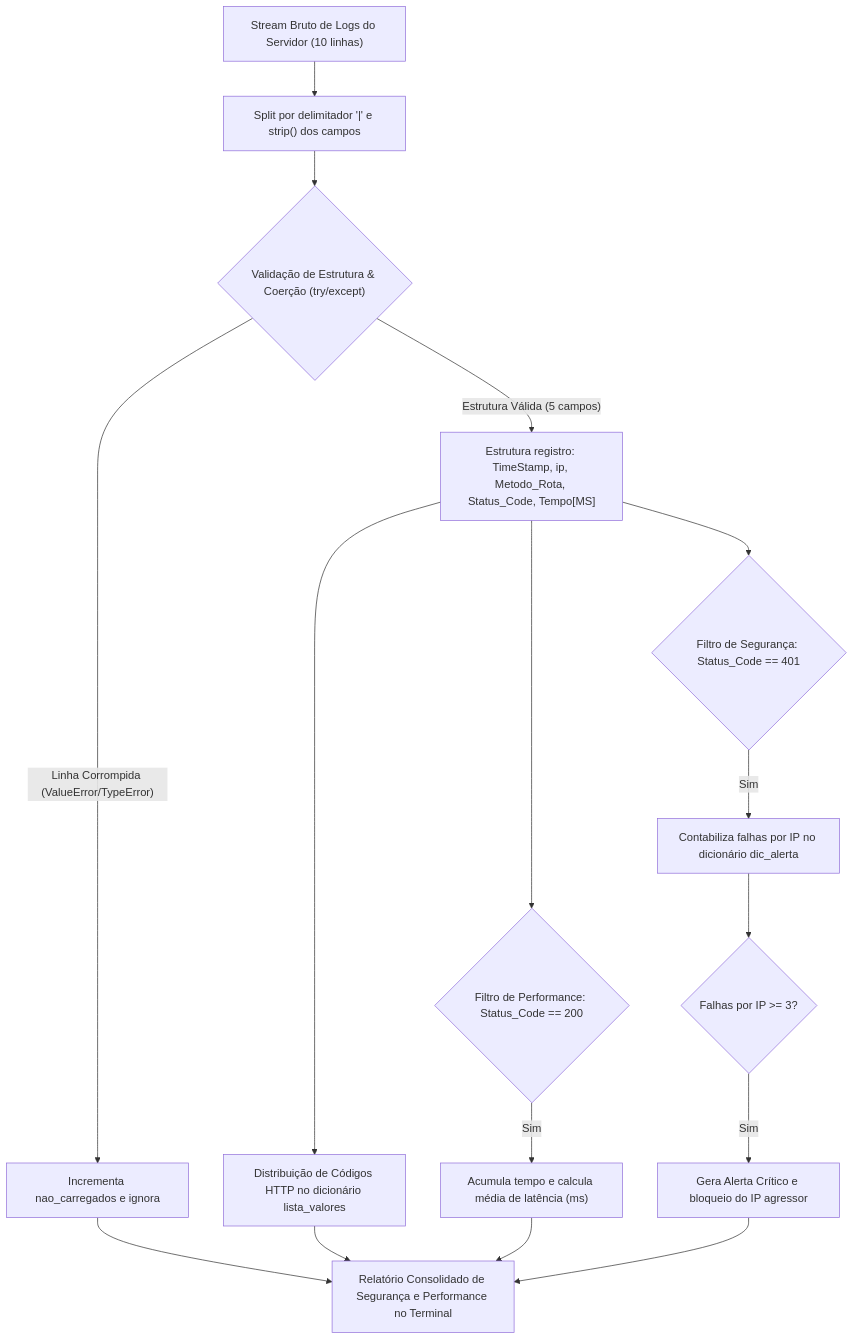
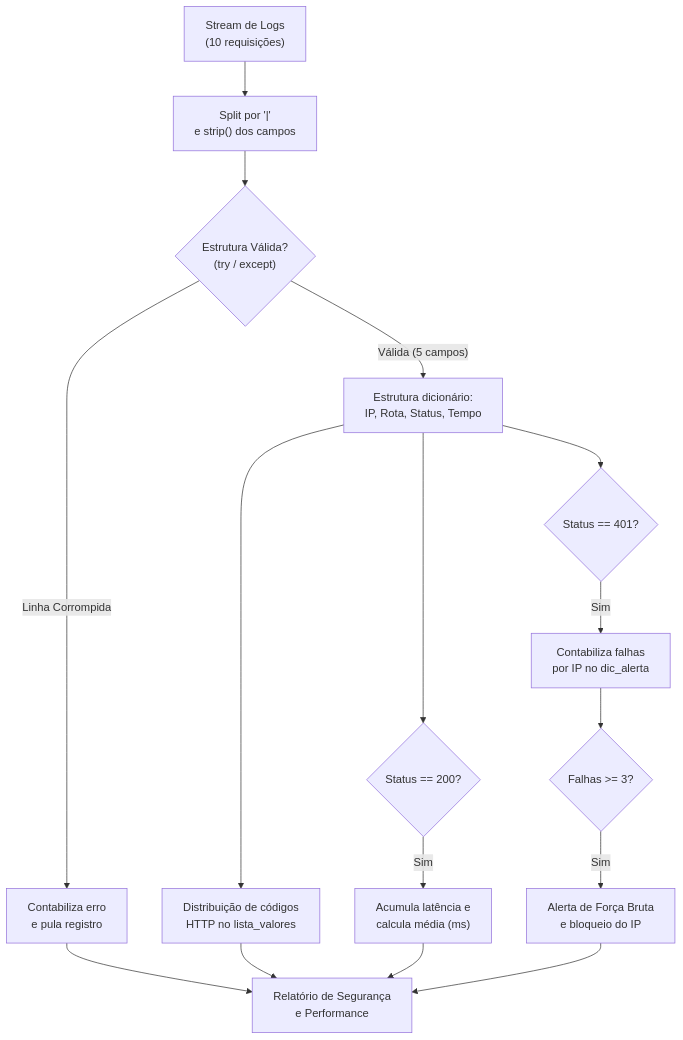
The fourth of 4 diagrams in README.md (ryanaurelio2005/python-pure-data-challenges), drawn with Mermaid before and after one commit. The commit also changed other lines of this file, not shown here.

Commit message:
docs: optimize Mermaid diagram text wrapping to prevent label clipping on GitHub

````diff
--- a/README.md
+++ b/README.md
@@ -112,18 +112,18 @@
 ```mermaid
 flowchart TD
-    A["Stream Bruto de Logs do Servidor (10 linhas)"] --> B["Split por delimitador '|' e strip() dos campos"]
-    B --> C{"Validação de Estrutura & Coerção (try/except)"}
-    C -- "Linha Corrompida (ValueError/TypeError)" --> D["Incrementa nao_carregados e ignora"]
-    C -- "Estrutura Válida (5 campos)" --> E["Estrutura registro: TimeStamp, ip, Metodo_Rota, Status_Code, Tempo[MS]"]
-    E --> F["Distribuição de Códigos HTTP no dicionário lista_valores"]
-    E --> G{"Filtro de Performance: Status_Code == 200"}
-    G -- "Sim" --> H["Acumula tempo e calcula média de latência (ms)"]
-    E --> I{"Filtro de Segurança: Status_Code == 401"}
-    I -- "Sim" --> J["Contabiliza falhas por IP no dicionário dic_alerta"]
-    J --> K{"Falhas por IP >= 3?"}
-    K -- "Sim" --> L["Gera Alerta Crítico e bloqueio do IP agressor"]
-    D --> M["Relatório Consolidado de Segurança e Performance no Terminal"]
+    A["Stream de Logs<br/>(10 requisições)"] --> B["Split por '|'<br/>e strip() dos campos"]
+    B --> C{"Estrutura Válida?<br/>(try / except)"}
+    C -- "Linha Corrompida" --> D["Contabiliza erro<br/>e pula registro"]
+    C -- "Válida (5 campos)" --> E["Estrutura dicionário:<br/>IP, Rota, Status, Tempo"]
+    E --> F["Distribuição de códigos<br/>HTTP no lista_valores"]
+    E --> G{"Status == 200?"}
+    G -- "Sim" --> H["Acumula latência e<br/>calcula média (ms)"]
+    E --> I{"Status == 401?"}
+    I -- "Sim" --> J["Contabiliza falhas<br/>por IP no dic_alerta"]
+    J --> K{"Falhas >= 3?"}
+    K -- "Sim" --> L["Alerta de Força Bruta<br/>e bloqueio do IP"]
+    D --> M["Relatório de Segurança<br/>e Performance"]
     F --> M
     H --> M
     L --> M
 ```
````
